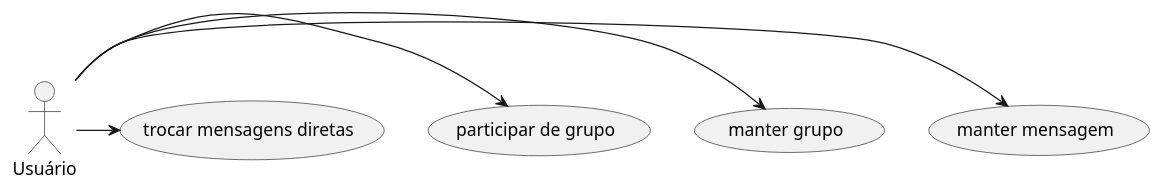
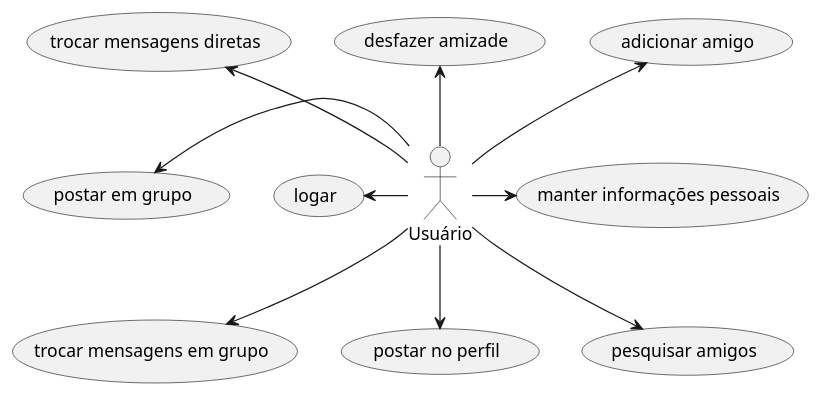
One commit to DhiegoV/Dez-seis changed the diagram in docs/caso_uso.puml. Above: the diagram before and after it, drawn with PlantUML. The commit also changed 7 other files, not shown here.

Commit message:
adicionando .png's dos diagramas e atualizando-os

```diff
--- a/docs/caso_uso.puml
+++ b/docs/caso_uso.puml
@@ -1,10 +1,15 @@
 @startuml
 
 Usuário as usr
 
-usr -> (manter mensagem)
-usr -> (manter grupo)
-usr -> (participar de grupo)
-usr -> (trocar mensagens diretas)
+usr -right-> (manter informações pessoais)
+usr -left-> (logar)
+usr -up-> (adicionar amigo)
+usr -up-> (desfazer amizade)
+usr -up-> (trocar mensagens diretas)
+usr -down-> (trocar mensagens em grupo)
+usr -down-> (postar no perfil)
+usr -left-> (postar em grupo)
+usr -down-> (pesquisar amigos)
 
 @enduml
```
